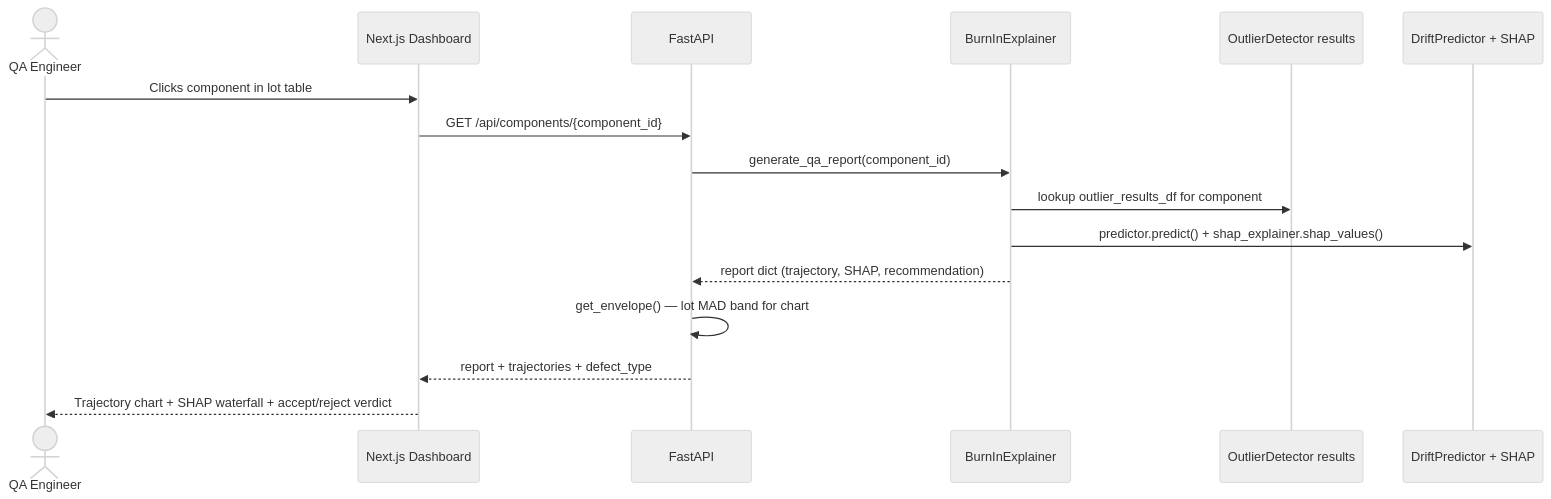
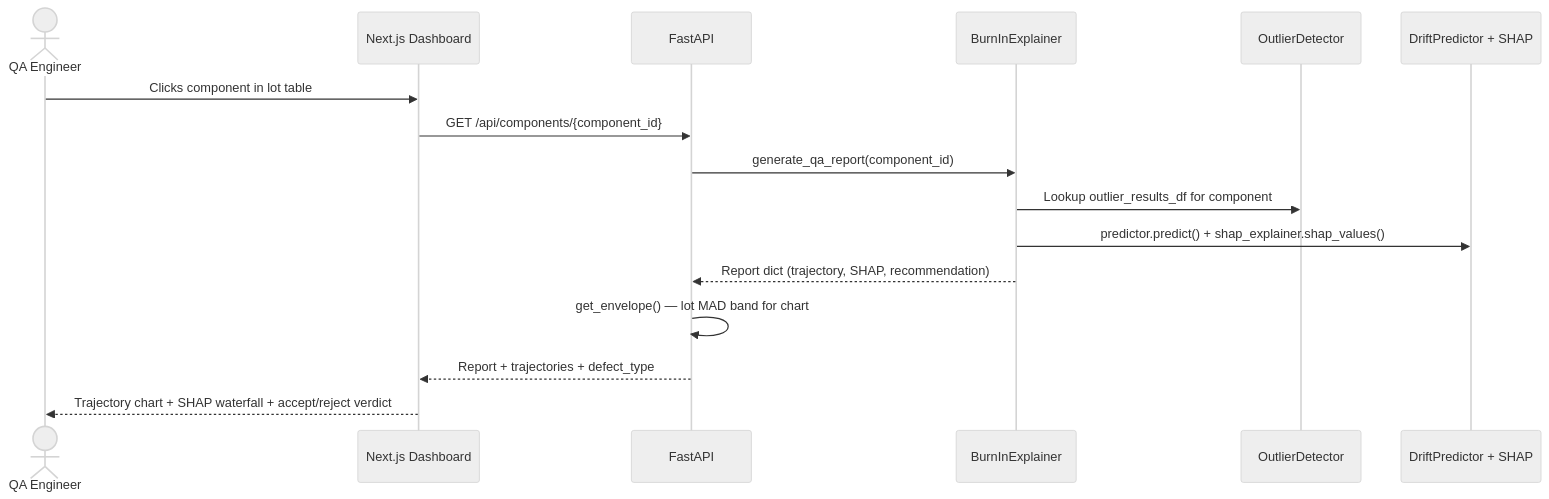
Before and after one commit to Prem-333/Hail-Mary: the second of 2 diagrams in README.md, drawn with Mermaid (neutral theme). The commit also changed other lines of this file and 2 other files, not shown here.

Commit message:
feat: implement rejection simulator UI with SHAP feature explainability and add project documentation

````diff
--- a/README.md
+++ b/README.md
@@ -65,19 +130,19 @@
 ```mermaid
 sequenceDiagram
     actor QA as QA Engineer
     participant FE as Next.js Dashboard
     participant API as FastAPI
     participant EX as BurnInExplainer
-    participant MA as OutlierDetector results
+    participant MA as OutlierDetector
     participant MB as DriftPredictor + SHAP
 
     QA->>FE: Clicks component in lot table
     FE->>API: GET /api/components/{component_id}
     API->>EX: generate_qa_report(component_id)
-    EX->>MA: lookup outlier_results_df for component
+    EX->>MA: Lookup outlier_results_df for component
     EX->>MB: predictor.predict() + shap_explainer.shap_values()
-    EX-->>API: report dict (trajectory, SHAP, recommendation)
+    EX-->>API: Report dict (trajectory, SHAP, recommendation)
     API->>API: get_envelope() — lot MAD band for chart
-    API-->>FE: report + trajectories + defect_type
+    API-->>FE: Report + trajectories + defect_type
     FE-->>QA: Trajectory chart + SHAP waterfall + accept/reject verdict
 ```
````
